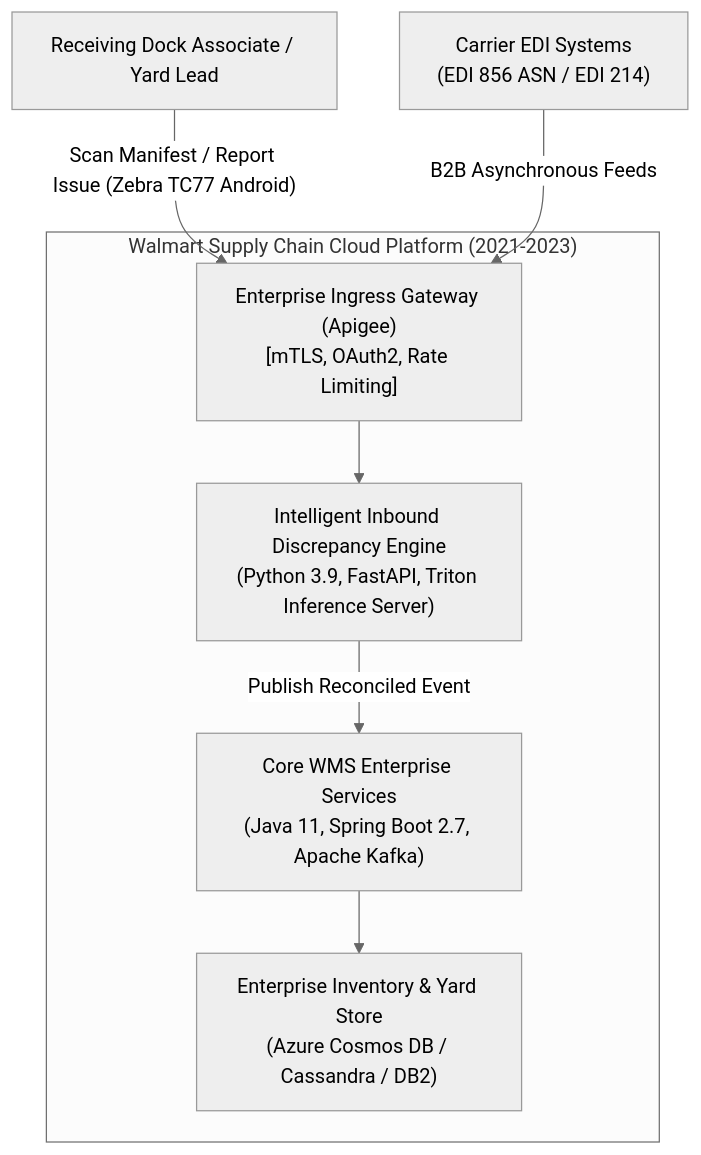
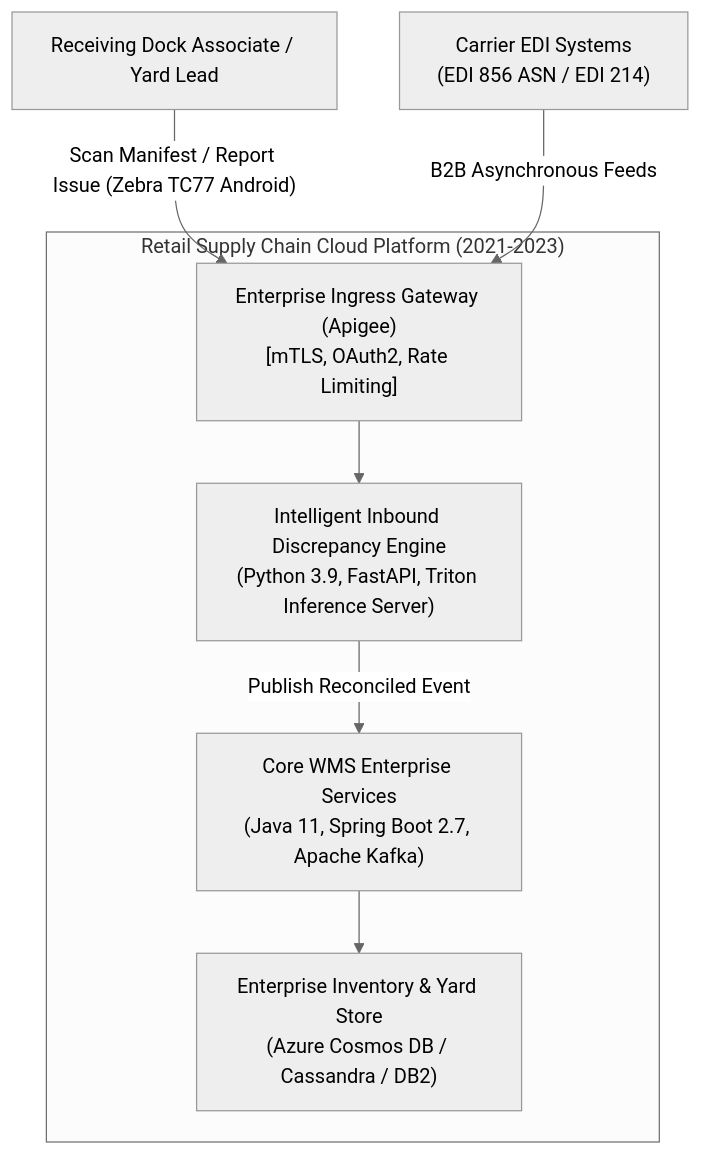
One commit to sidharthmazumdar/technical-architecture-portfolio changed the first of 4 diagrams in architecture-blueprints/CS-01-wms-nlp-discrepancy-engine.md. Above: the diagram before and after it, drawn with Mermaid (neutral theme). The commit also changed other lines of this file and 2 other files, not shown here.

````diff
--- a/architecture-blueprints/CS-01-wms-nlp-discrepancy-engine.md
+++ b/architecture-blueprints/CS-01-wms-nlp-discrepancy-engine.md
@@ -31,18 +31,18 @@
 ```mermaid
 graph TD
     DockWorker["Receiving Dock Associate / Yard Lead"]
     EDI_Feeds["Carrier EDI Systems<br/>(EDI 856 ASN / EDI 214)"]
 
-    subgraph Walmart_WMS["Walmart Supply Chain Cloud Platform (2021-2023)"]
+    subgraph WMS["Retail Supply Chain Cloud Platform (2021-2023)"]
         Gateway["Enterprise Ingress Gateway (Apigee)<br/>[mTLS, OAuth2, Rate Limiting]"]
         IntakeEngine["Intelligent Inbound Discrepancy Engine<br/>(Python 3.9, FastAPI, Triton Inference Server)"]
         CoreWMS["Core WMS Enterprise Services<br/>(Java 11, Spring Boot 2.7, Apache Kafka)"]
         YardDB["Enterprise Inventory & Yard Store<br/>(Azure Cosmos DB / Cassandra / DB2)"]
     end
 
     DockWorker -->|"Scan Manifest / Report Issue (Zebra TC77 Android)"| Gateway
     EDI_Feeds -->|"B2B Asynchronous Feeds"| Gateway
     Gateway --> IntakeEngine
     IntakeEngine -->|"Publish Reconciled Event"| CoreWMS
     CoreWMS --> YardDB
 ```
````
